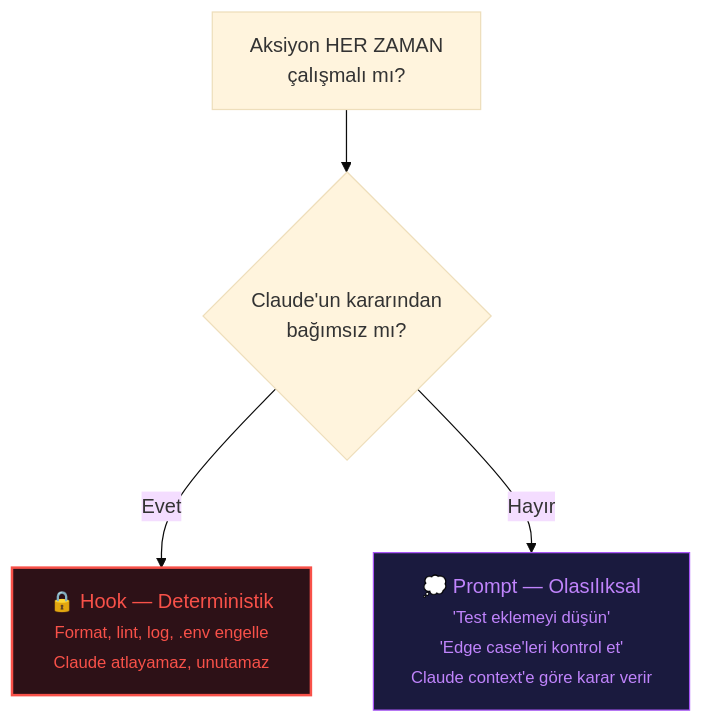
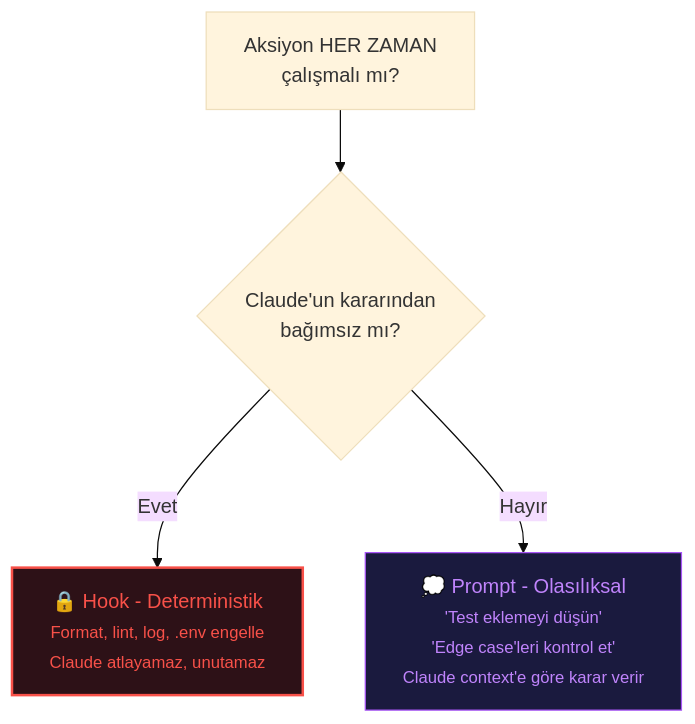
The third of 7 diagrams in 03-Decision-Framework.md (alperhankendi/claude-code-mastery), drawn with Mermaid (base theme) before and after one commit. The commit also changed other lines of this file and 8 other files, not shown here.

````diff
--- a/03-Decision-Framework.md
+++ b/03-Decision-Framework.md
@@ -43,9 +43,9 @@
 ```mermaid
 graph TD
     START["Aksiyon HER ZAMAN<br/>çalışmalı mı?"] --> ALWAYS{"Claude'un kararından<br/>bağımsız mı?"}
-    ALWAYS -- "Evet" --> HOOK["🔒 Hook — Deterministik<br/><small>Format, lint, log, .env engelle</small><br/><small>Claude atlayamaz, unutamaz</small>"]
-    ALWAYS -- "Hayır" --> PROMPT["💭 Prompt — Olasılıksal<br/><small>'Test eklemeyi düşün'</small><br/><small>'Edge case'leri kontrol et'</small><br/><small>Claude context'e göre karar verir</small>"]
+    ALWAYS -- "Evet" --> HOOK["🔒 Hook - Deterministik<br/><small>Format, lint, log, .env engelle</small><br/><small>Claude atlayamaz, unutamaz</small>"]
+    ALWAYS -- "Hayır" --> PROMPT["💭 Prompt - Olasılıksal<br/><small>'Test eklemeyi düşün'</small><br/><small>'Edge case'leri kontrol et'</small><br/><small>Claude context'e göre karar verir</small>"]
 
     style HOOK fill:#2d1117,stroke:#f85149,stroke-width:2px,color:#f85149
     style PROMPT fill:#1a1a3e,stroke:#a855f7,stroke-width:1px,color:#c084fc
 ```
````
